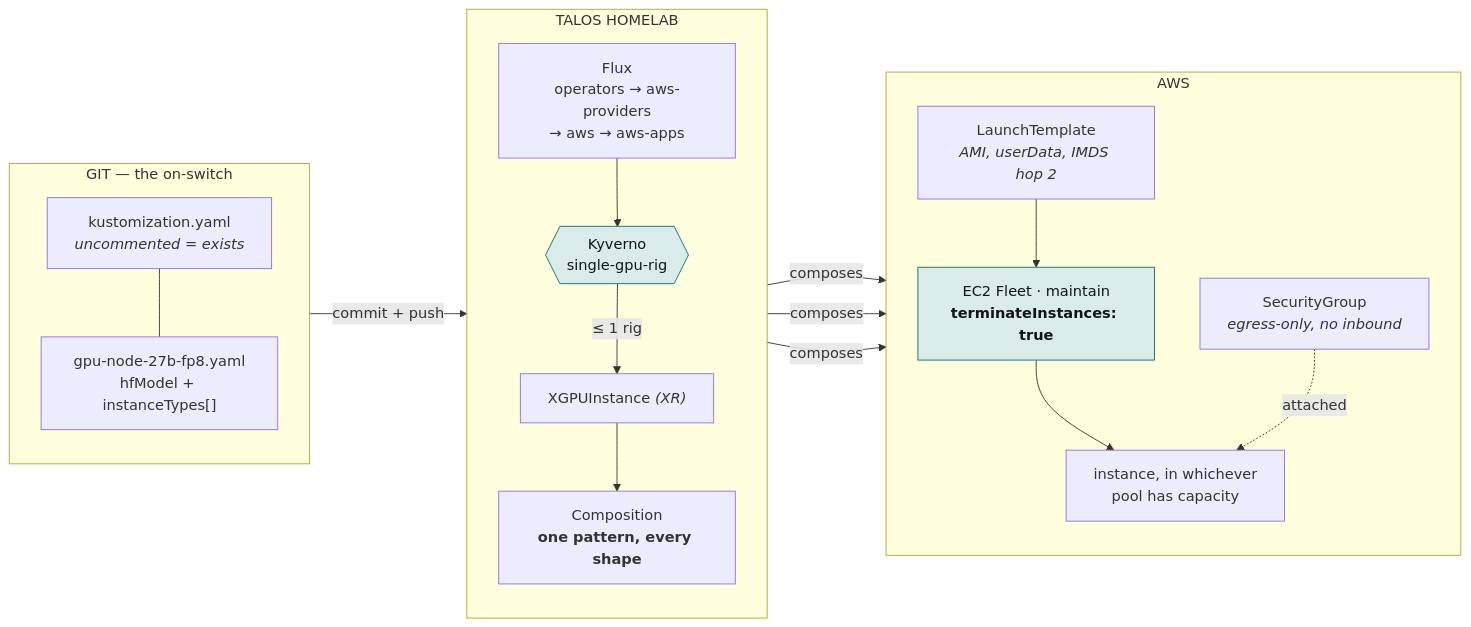
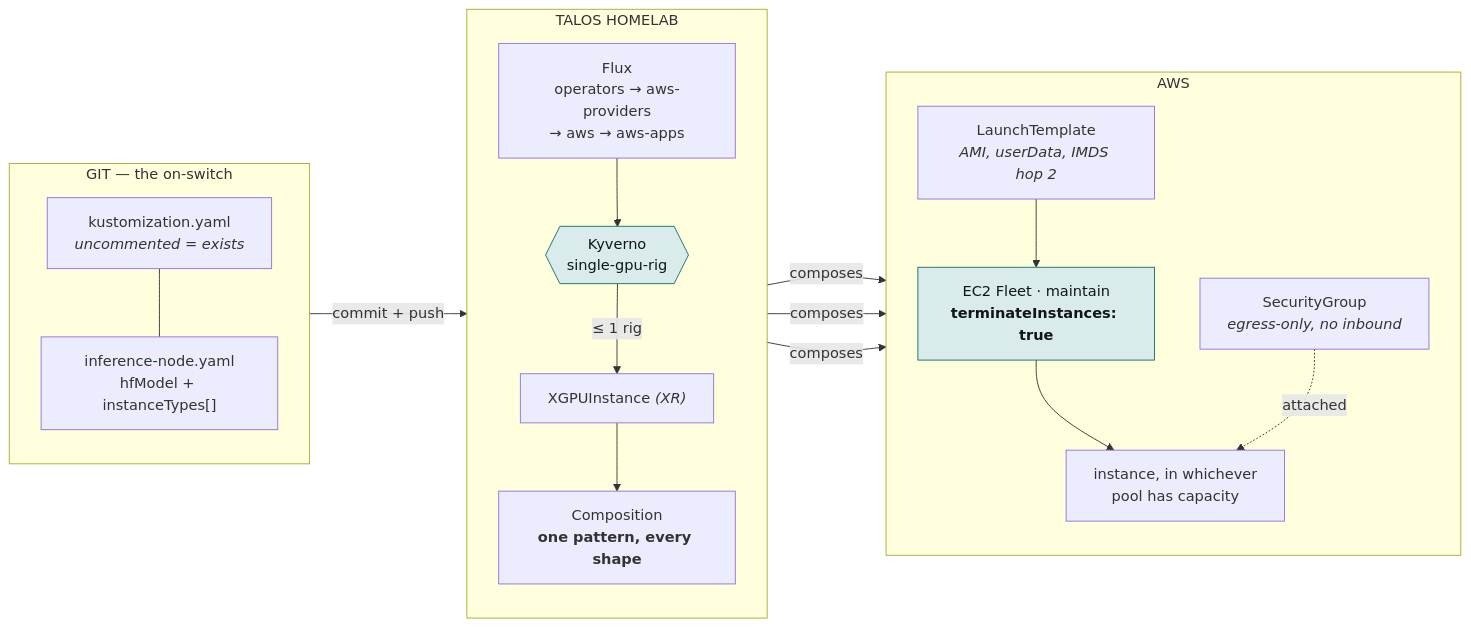
The first of 4 diagrams in infrastructure/base/aws/architecture.md (TheBranchDriftCatalyst/talos-homelab), drawn with Mermaid before and after one commit. The commit also changed other lines of this file and 25 other files, not shown here.

````diff
--- a/infrastructure/base/aws/architecture.md
+++ b/infrastructure/base/aws/architecture.md
@@ -28,36 +28,36 @@
 ```mermaid
 flowchart LR
   subgraph GIT["GIT — the on-switch"]
     direction TB
     K["kustomization.yaml<br/><i>uncommented = exists</i>"]
-    C["gpu-node-27b-fp8.yaml<br/>hfModel + instanceTypes[]"]
+    C["inference-node.yaml<br/>hfModel + instanceTypes[]"]
     K --- C
   end
 
   subgraph TALOS["TALOS HOMELAB"]
     direction TB
     F["Flux<br/>operators → aws-providers<br/>→ aws → aws-apps"]
     G{{"Kyverno<br/>single-gpu-rig"}}
     X["XGPUInstance <i>(XR)</i>"]
     P["Composition<br/><b>one pattern, every shape</b>"]
     F --> G -->|"≤ 1 rig"| X --> P
   end
 
   subgraph AWS["AWS"]
     direction TB
     SG["SecurityGroup<br/><i>egress-only, no inbound</i>"]
     LT["LaunchTemplate<br/><i>AMI, userData, IMDS hop 2</i>"]
     FL["EC2 Fleet · maintain<br/><b>terminateInstances: true</b>"]
     I["instance, in whichever<br/>pool has capacity"]
     LT --> FL --> I
     SG -.->|attached| I
   end
 
   C -->|commit + push| F
   P -->|composes| SG
   P -->|composes| LT
   P -->|composes| FL
 
   classDef good fill:#d9eceb,stroke:#0f6f6c,color:#10151c
   class G,FL good
 ```
````
